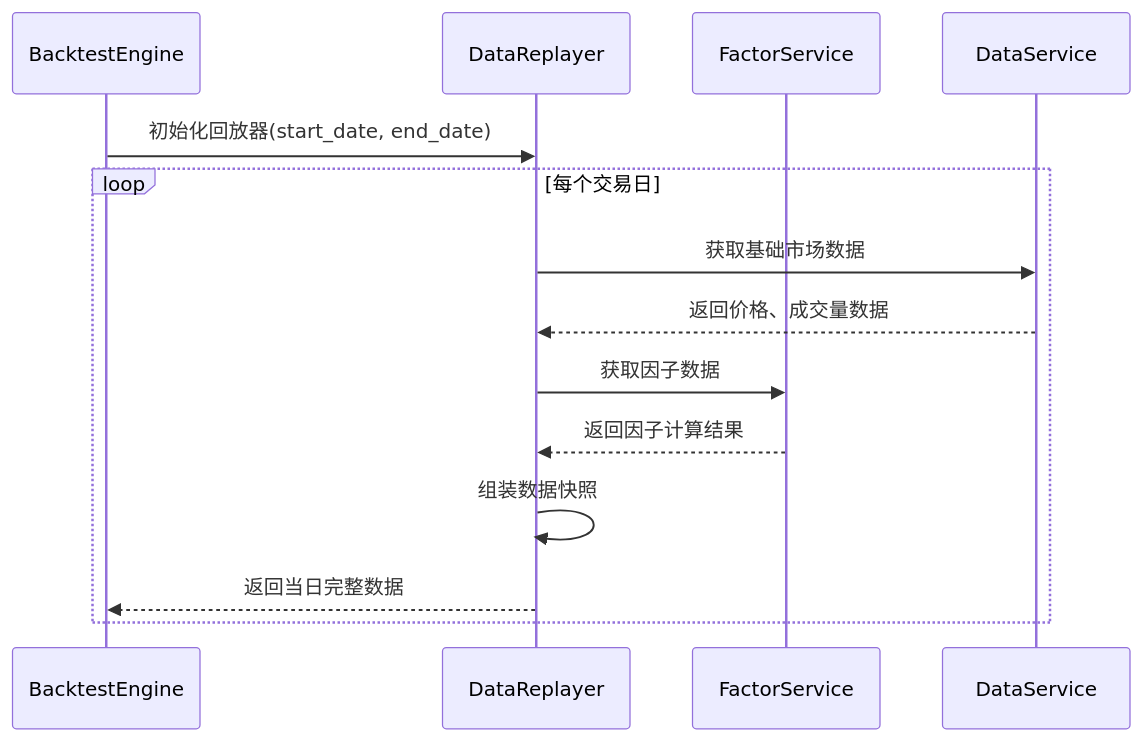
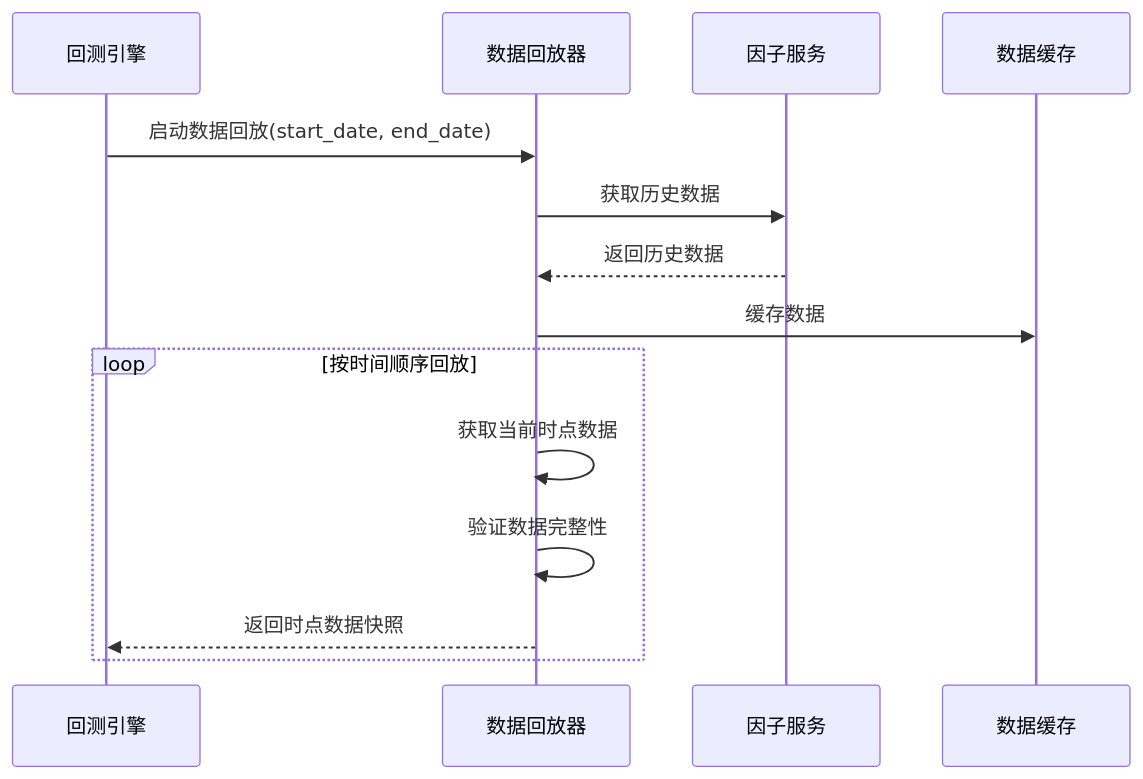
Before and after one commit to Casper-Mars/qtrade: the second of 7 diagrams in docs/iteration-3-prediction-model/tasks_backtest_engine.md, drawn with Mermaid. The commit also changed other lines of this file and 1 other file, not shown here.

First line of the commit message:
refactor(回测引擎): 重命名FactorCombination为BacktestFactorConfig以明确用途

````diff
--- a/docs/iteration-3-prediction-model/tasks_backtest_engine.md
+++ b/docs/iteration-3-prediction-model/tasks_backtest_engine.md
@@ -46,17 +51,17 @@
     ```mermaid
     sequenceDiagram
-        participant BE as BacktestEngine
-        participant DR as DataReplayer
-        participant FS as FactorService
-        participant DS as DataService
+        participant Engine as 回测引擎
+        participant Replayer as 数据回放器
+        participant FactorService as 因子服务
+        participant Cache as 数据缓存
         
-        BE->>DR: 初始化回放器(start_date, end_date)
-        loop 每个交易日
-            DR->>DS: 获取基础市场数据
-            DS-->>DR: 返回价格、成交量数据
-            DR->>FS: 获取因子数据
-            FS-->>DR: 返回因子计算结果
-            DR->>DR: 组装数据快照
-            DR-->>BE: 返回当日完整数据
+        Engine->>Replayer: 启动数据回放(start_date, end_date)
+        Replayer->>FactorService: 获取历史数据
+        FactorService-->>Replayer: 返回历史数据
+        Replayer->>Cache: 缓存数据
+        loop 按时间顺序回放
+            Replayer->>Replayer: 获取当前时点数据
+            Replayer->>Replayer: 验证数据完整性
+            Replayer-->>Engine: 返回时点数据快照
         end
     ```
````
